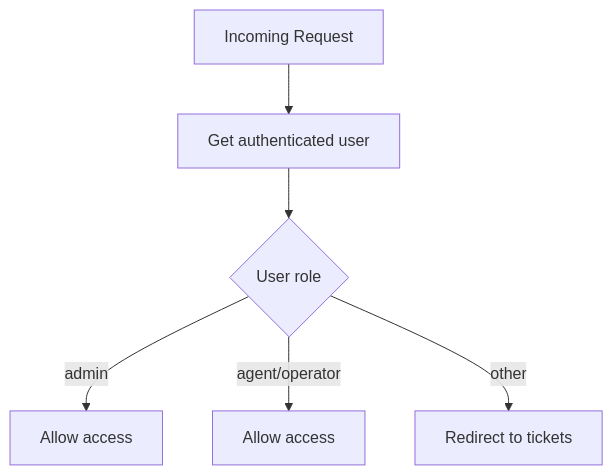
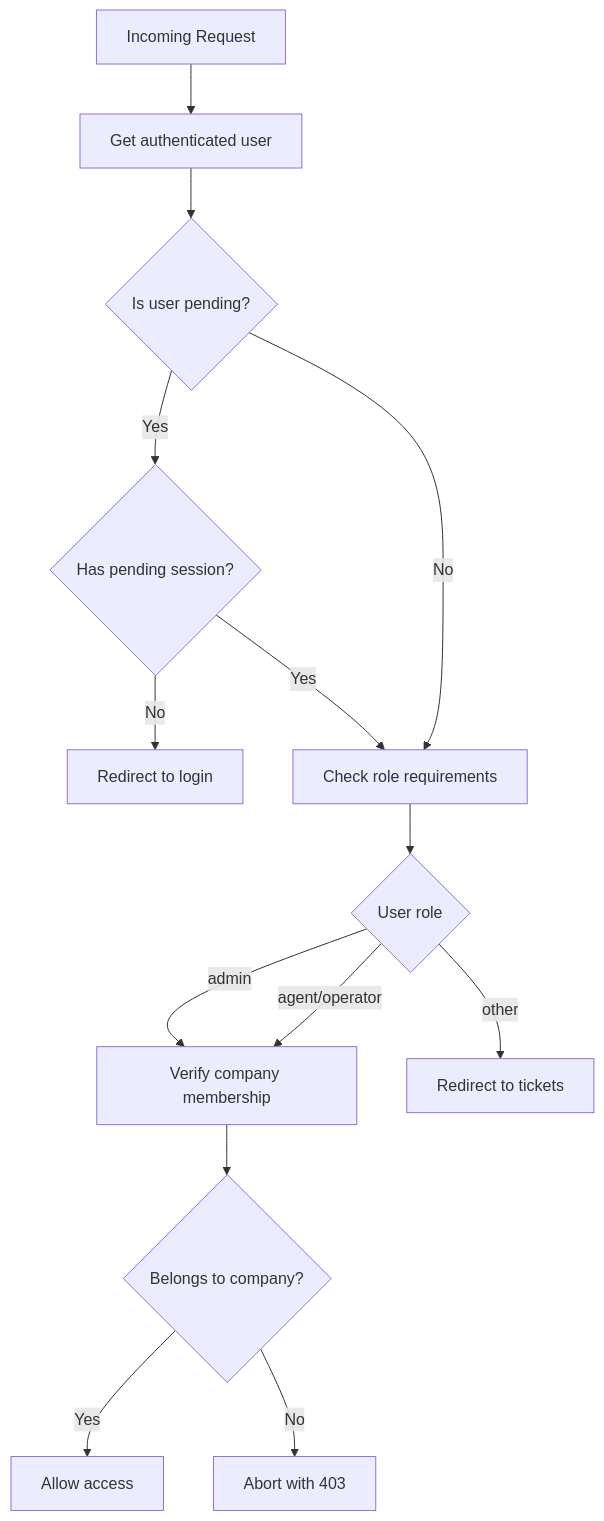
One commit to younesgamer68/helpdesk-system changed the tenth of 11 diagrams in .qoder/repowiki/en/content/Authentication & Authorization/Authentication & Authorization.md. Above: the diagram before and after it, drawn with Mermaid. The commit also changed other lines of this file and 12 other files, not shown here.

````diff
--- a/.qoder/repowiki/en/content/Authentication & Authorization/Authentication & Authorization.md
+++ b/.qoder/repowiki/en/content/Authentication & Authorization/Authentication & Authorization.md
@@ -442,8 +507,16 @@
 ```mermaid
 flowchart TD
 Request["Incoming Request"] --> GetUser["Get authenticated user"]
-GetUser --> Role{"User role"}
-Role --> |admin| AllowA["Allow access"]
-Role --> |agent/operator| AllowB["Allow access"]
+GetUser --> CheckPending{"Is user pending?"}
+CheckPending --> |Yes| CheckSession{"Has pending session?"}
+CheckSession --> |No| DenyPending["Redirect to login"]
+CheckSession --> |Yes| CheckRole["Check role requirements"]
+CheckPending --> |No| CheckRole
+CheckRole --> Role{"User role"}
+Role --> |admin| CheckCompany["Verify company membership"]
+Role --> |agent/operator| CheckCompany
 Role --> |other| Deny["Redirect to tickets"]
+CheckCompany --> Company{"Belongs to company?"}
+Company --> |Yes| Allow["Allow access"]
+Company --> |No| DenyCompany["Abort with 403"]
 ```
````
